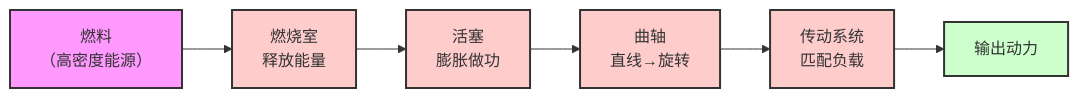
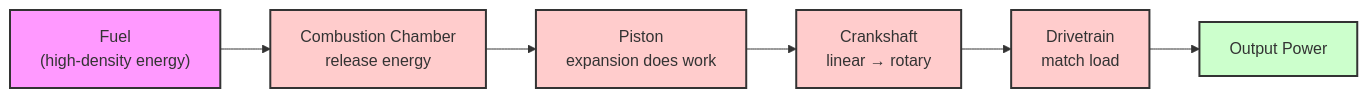
Before and after one commit to pinpawo/pinpawo-agent: the first of 2 diagrams in README.md, drawn with Mermaid. The commit also changed other lines of this file, not shown here.

````diff
--- a/README.md
+++ b/README.md
@@ -23,14 +23,14 @@
 ```mermaid
 flowchart LR
-    F["燃料<br/>（高密度能源）"] --> CC["燃烧室<br/>释放能量"]
-    CC --> P["活塞<br/>膨胀做功"]
-    P --> C["曲轴<br/>直线→旋转"]
-    C --> D["传动系统<br/>匹配负载"]
-    D --> O["输出动力"]
+    F["Fuel<br/>(high-density energy)"] --> CC["Combustion Chamber<br/>release energy"]
+    CC --> P["Piston<br/>expansion does work"]
+    P --> C["Crankshaft<br/>linear → rotary"]
+    C --> D["Drivetrain<br/>match load"]
+    D --> O["Output Power"]
     style F fill:#f9f,stroke:#333,stroke-width:2px
     style CC fill:#fcc,stroke:#333,stroke-width:2px
     style P fill:#fcc,stroke:#333,stroke-width:2px
     style C fill:#fcc,stroke:#333,stroke-width:2px
     style D fill:#fcc,stroke:#333,stroke-width:2px
     style O fill:#cfc,stroke:#333,stroke-width:2px
 ```
````
